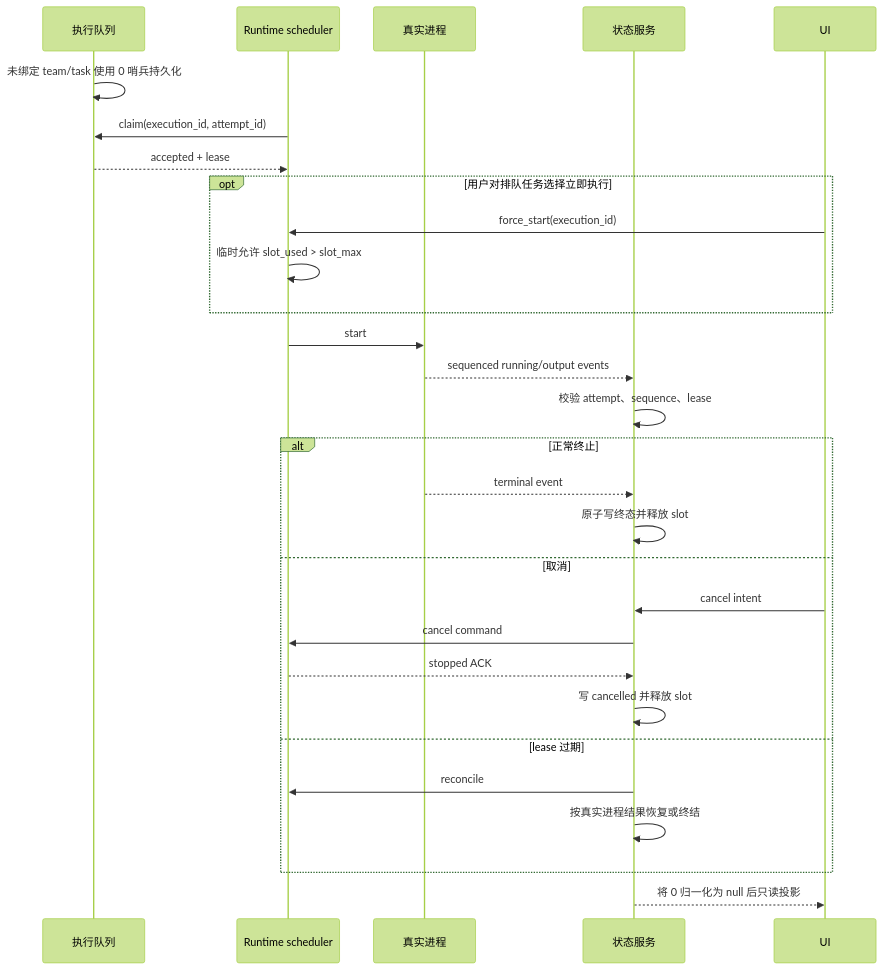
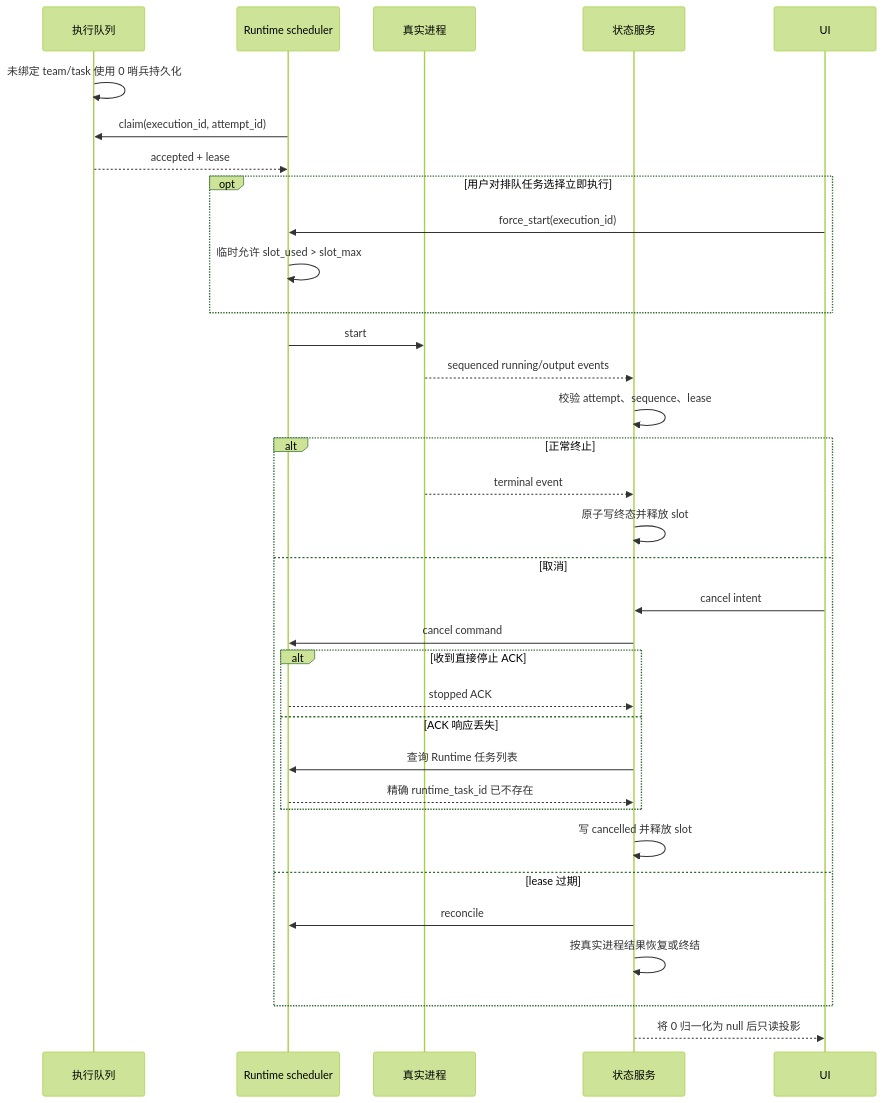
One commit to wecode-ai/Wegent changed the second of 2 diagrams in docs/zh/architecture/project-execution-state.md. Above: the diagram before and after it, drawn with Mermaid (forest theme). The commit also changed other lines of this file and 28 other files, not shown here.

````diff
--- a/docs/zh/architecture/project-execution-state.md
+++ b/docs/zh/architecture/project-execution-state.md
@@ -26,32 +26,37 @@
 ```mermaid
 sequenceDiagram
     participant Q as 执行队列
     participant R as Runtime scheduler
     participant P as 真实进程
     participant S as 状态服务
     participant U as UI
 
     Q->>Q: 未绑定 team/task 使用 0 哨兵持久化
     R->>Q: claim(execution_id, attempt_id)
     Q-->>R: accepted + lease
     opt 用户对排队任务选择立即执行
         U->>R: force_start(execution_id)
         R->>R: 临时允许 slot_used > slot_max
     end
     R->>P: start
     P-->>S: sequenced running/output events
     S->>S: 校验 attempt、sequence、lease
     alt 正常终止
         P-->>S: terminal event
         S->>S: 原子写终态并释放 slot
     else 取消
         U->>S: cancel intent
         S->>R: cancel command
-        R-->>S: stopped ACK
+        alt 收到直接停止 ACK
+            R-->>S: stopped ACK
+        else ACK 响应丢失
+            S->>R: 查询 Runtime 任务列表
+            R-->>S: 精确 runtime_task_id 已不存在
+        end
         S->>S: 写 cancelled 并释放 slot
     else lease 过期
         S->>R: reconcile
         S->>S: 按真实进程结果恢复或终结
     end
     S-->>U: 将 0 归一化为 null 后只读投影
 ```
````
